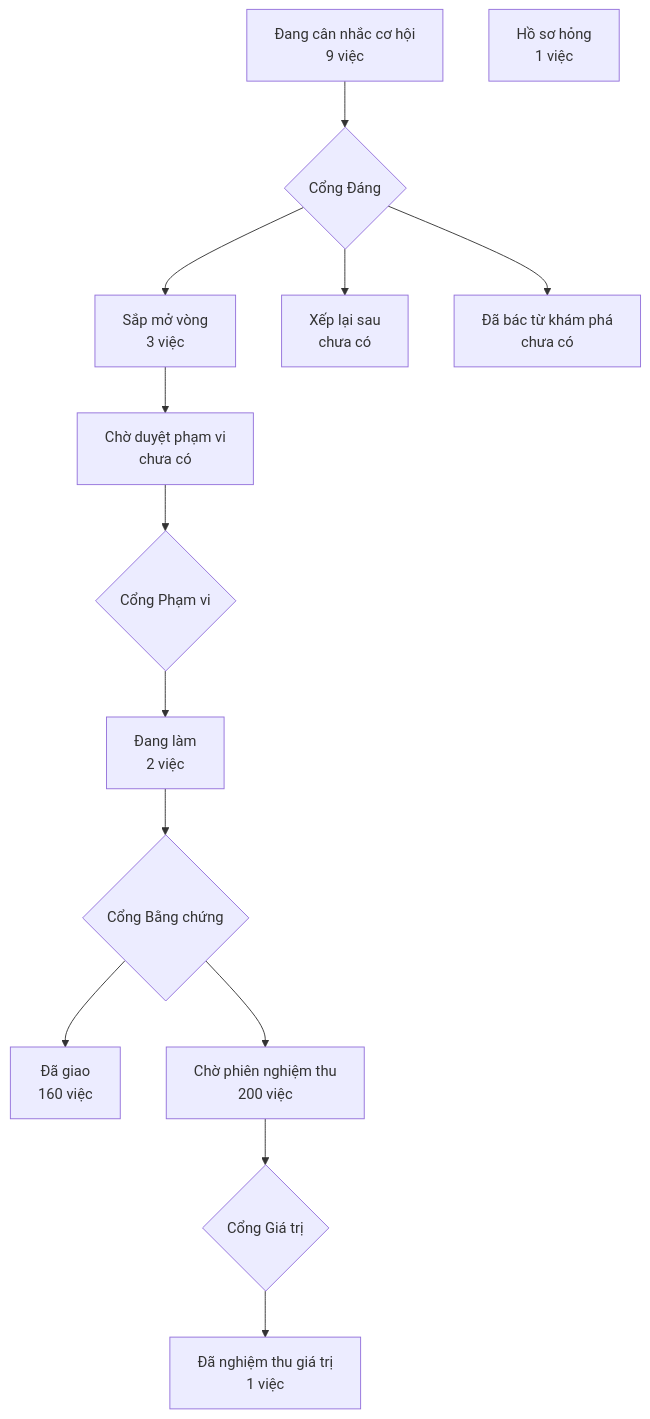
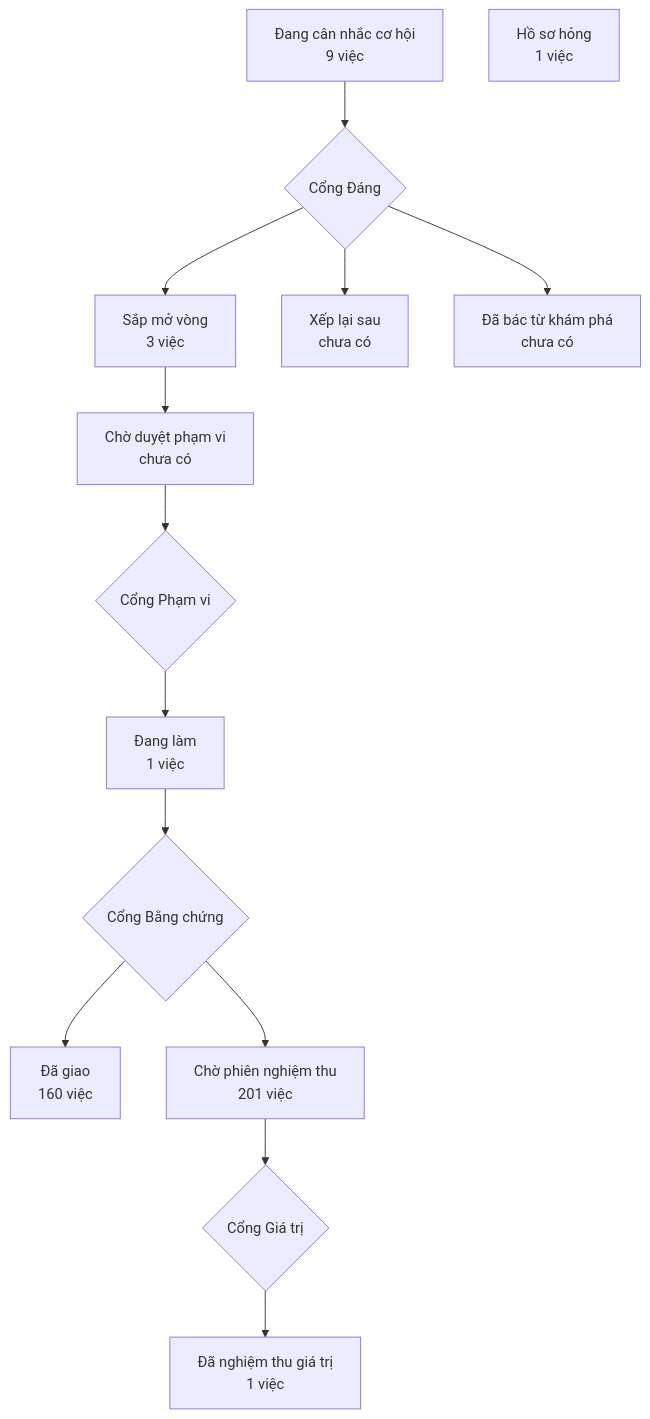
Before and after one commit to phanlemanh/crm-onehub: the diagram in PRODUCT-MAP.md, drawn with Mermaid. The commit also changed 4 other files, not shown here.

````diff
--- a/PRODUCT-MAP.md
+++ b/PRODUCT-MAP.md
@@ -7,13 +7,13 @@
 ```mermaid
 flowchart TD
   A["Đang cân nhắc cơ hội<br/>9 việc"] --> GD{"Cổng Đáng"}
   GD --> B["Sắp mở vòng<br/>3 việc"]
   GD --> XL["Xếp lại sau<br/>chưa có"]
   GD --> DB["Đã bác từ khám phá<br/>chưa có"]
   B --> CD["Chờ duyệt phạm vi<br/>chưa có"] --> GP{"Cổng Phạm vi"}
-  GP --> DL["Đang làm<br/>2 việc"] --> GB{"Cổng Bằng chứng"}
+  GP --> DL["Đang làm<br/>1 việc"] --> GB{"Cổng Bằng chứng"}
   GB --> DG["Đã giao<br/>160 việc"]
-  GB --> CN["Chờ phiên nghiệm thu<br/>200 việc"] --> GG{"Cổng Giá trị"}
+  GB --> CN["Chờ phiên nghiệm thu<br/>201 việc"] --> GG{"Cổng Giá trị"}
   GG --> NT["Đã nghiệm thu giá trị<br/>1 việc"]
   HS["Hồ sơ hỏng<br/>1 việc"]
 ```
````
